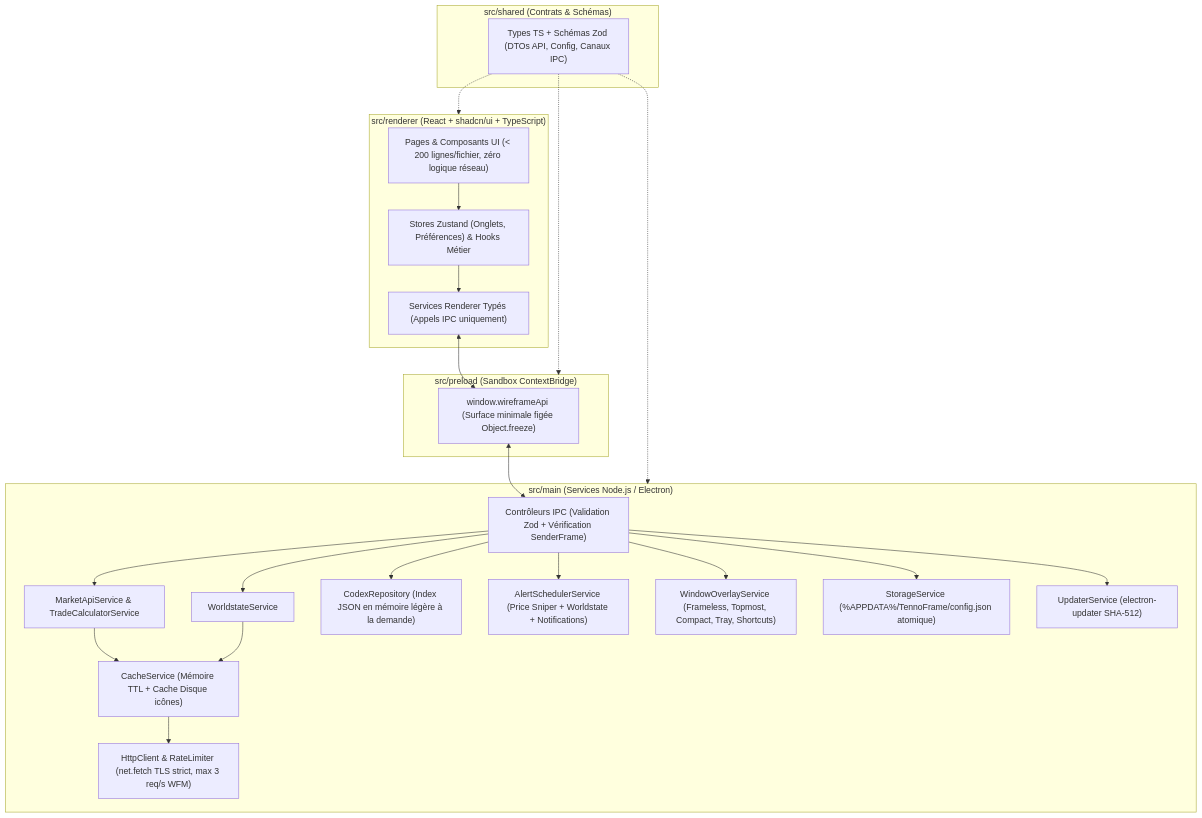
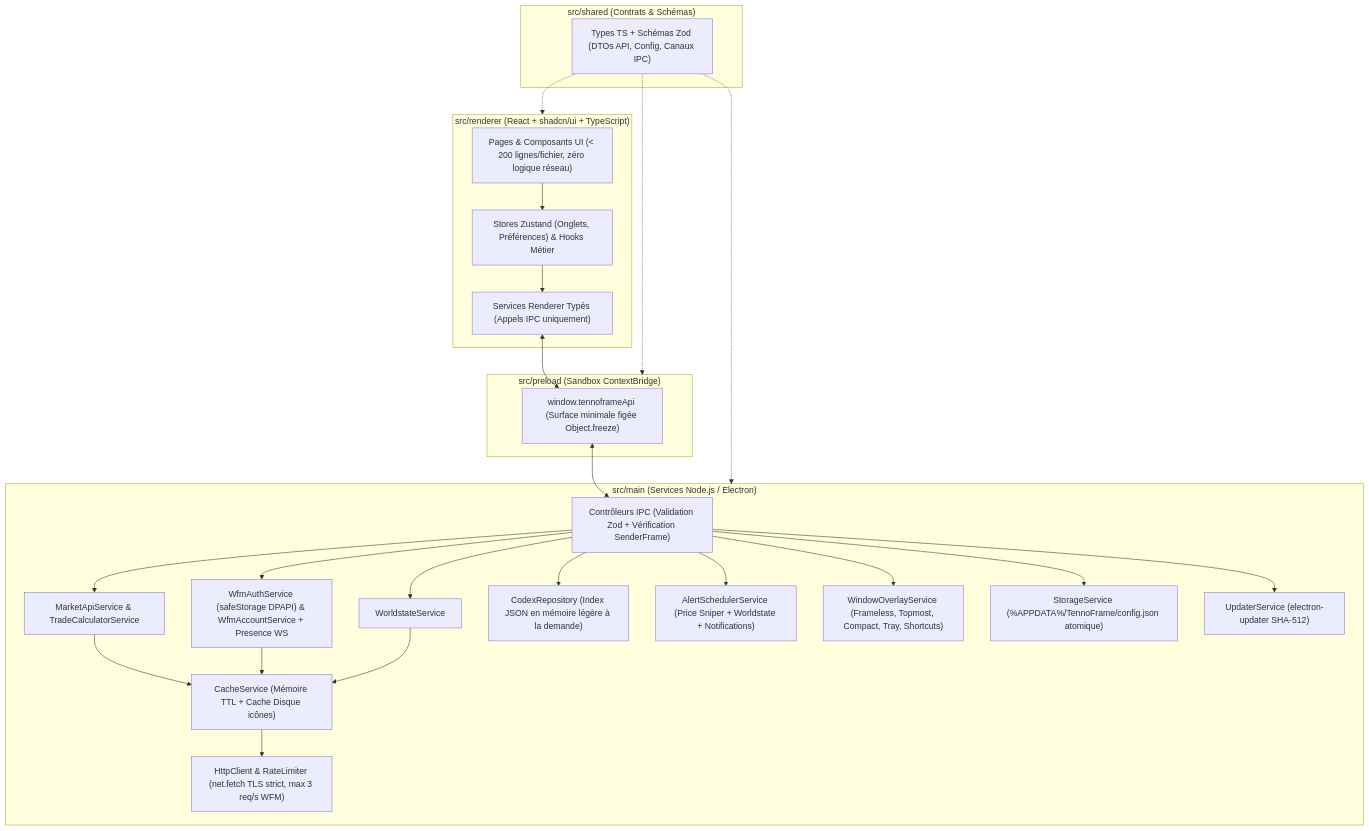
The diagram in docs/01-cahier-des-charges.md (Nyx17n/WireFrame), drawn with Mermaid before and after one commit. The commit also changed other lines of this file and 1 other file, not shown here.

Commit message:
docs(wfm-account): specify optional WFM login, full profile & item selling + wireframe 14

````diff
--- a/docs/01-cahier-des-charges.md
+++ b/docs/01-cahier-des-charges.md
@@ -556,35 +655,36 @@
 ```mermaid
 flowchart TB
     subgraph Renderer["src/renderer (React + shadcn/ui + TypeScript)"]
         UI["Pages & Composants UI (< 200 lignes/fichier, zéro logique réseau)"]
         State["Stores Zustand (Onglets, Préférences) & Hooks Métier"]
         Client["Services Renderer Typés (Appels IPC uniquement)"]
     end
 
     subgraph Preload["src/preload (Sandbox ContextBridge)"]
-        Bridge["window.wireframeApi (Surface minimale figée Object.freeze)"]
+        Bridge["window.tennoframeApi (Surface minimale figée Object.freeze)"]
     end
 
     subgraph Shared["src/shared (Contrats & Schémas)"]
         Zod["Types TS + Schémas Zod (DTOs API, Config, Canaux IPC)"]
     end
 
     subgraph Main["src/main (Services Node.js / Electron)"]
         IPC["Contrôleurs IPC (Validation Zod + Vérification SenderFrame)"]
         Rate["HttpClient & RateLimiter (net.fetch TLS strict, max 3 req/s WFM)"]
         Cache["CacheService (Mémoire TTL + Cache Disque icônes)"]
         Market["MarketApiService & TradeCalculatorService"]
+        WfmAcc["WfmAuthService (safeStorage DPAPI) & WfmAccountService + Presence WS"]
         World["WorldstateService"]
         Codex["CodexRepository (Index JSON en mémoire légère à la demande)"]
         Alerts["AlertSchedulerService (Price Sniper + Worldstate + Notifications)"]
         Win["WindowOverlayService (Frameless, Topmost, Compact, Tray, Shortcuts)"]
         Store["StorageService (%APPDATA%/TennoFrame/config.json atomique)"]
         Upd["UpdaterService (electron-updater SHA-512)"]
     end
 
     UI --> State --> Client
     Client <--> Bridge <--> IPC
-    IPC --> Market & World & Codex & Alerts & Win & Store & Upd
-    Market & World --> Cache --> Rate
+    IPC --> Market & WfmAcc & World & Codex & Alerts & Win & Store & Upd
+    Market & WfmAcc & World --> Cache --> Rate
     Zod -.-> Renderer & Preload & Main
 ```
````
